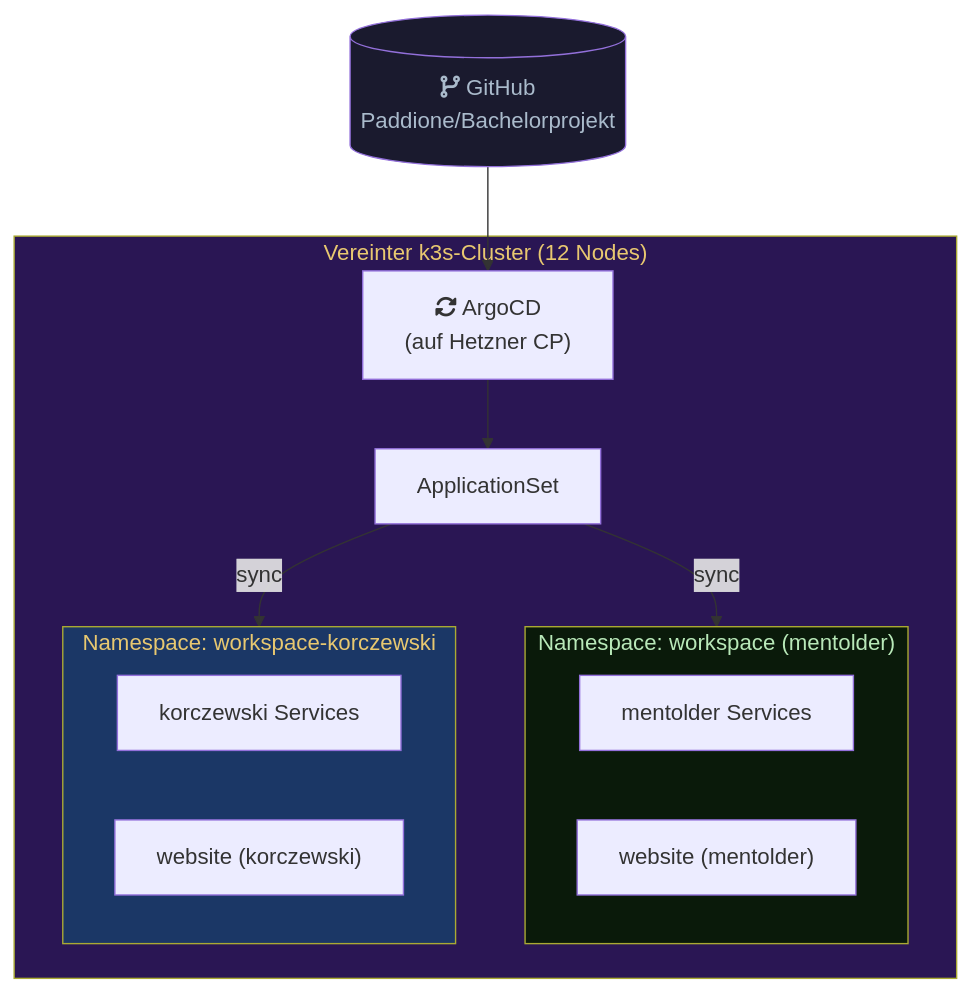
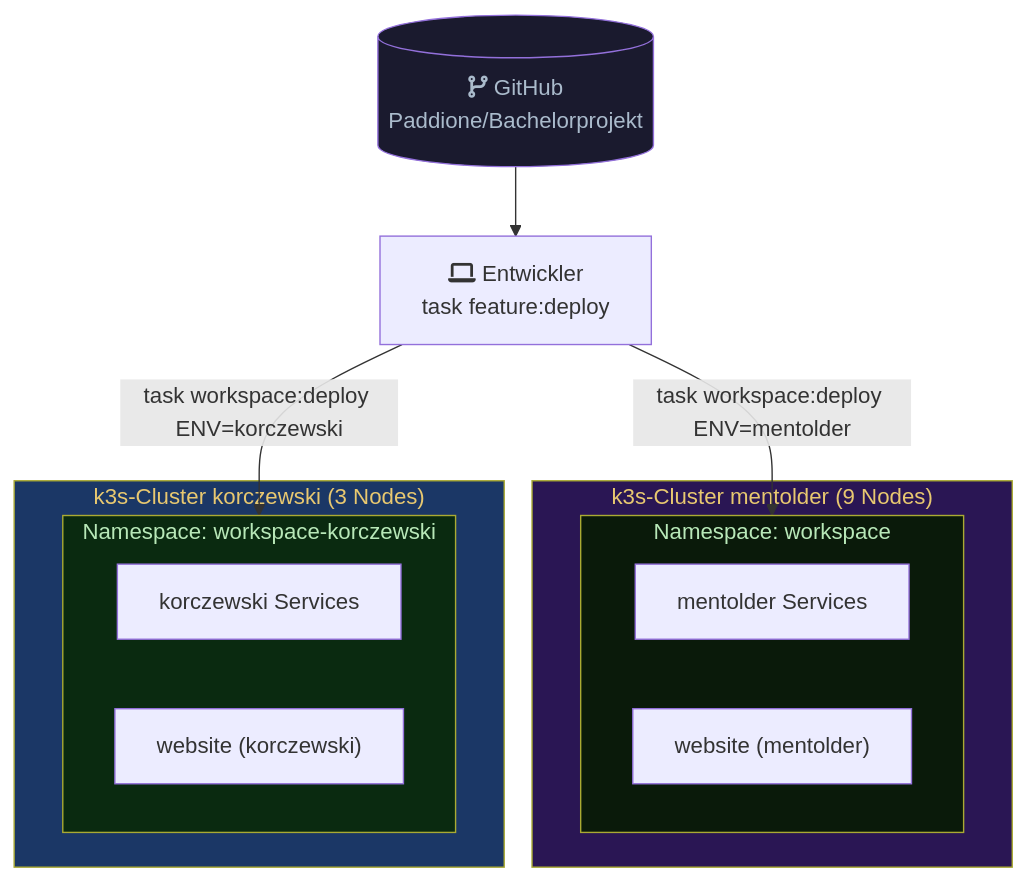
One commit to Paddione/Bachelorprojekt changed the third of 5 diagrams in k3d/docs-content/architecture.md. Above: the diagram before and after it, drawn with Mermaid. The commit also changed other lines of this file and 32 other files, not shown here.

First line of the commit message:
chore(infra): remove ArgoCD, add secrets:sync task (#782)

````diff
--- a/k3d/docs-content/architecture.md
+++ b/k3d/docs-content/architecture.md
@@ -224,28 +223,30 @@
 ```mermaid
 flowchart TB
-    GIT[("fa:fa-code-branch GitHub\nPaddione/Bachelorprojekt")] --> ARGO
+    GIT[("fa:fa-code-branch GitHub\nPaddione/Bachelorprojekt")]
+    DEV["fa:fa-laptop Entwickler\ntask feature:deploy"]
 
-    subgraph hub ["Vereinter k3s-Cluster (12 Nodes)"]
-        ARGO["fa:fa-rotate ArgoCD\n(auf Hetzner CP)"]
-        APPSET["ApplicationSet"]
-        ARGO --> APPSET
+    GIT --> DEV
 
-        subgraph mentolder_ns ["Namespace: workspace (mentolder)"]
+    subgraph mentolder_cluster ["k3s-Cluster mentolder (9 Nodes)"]
+        subgraph mentolder_ns ["Namespace: workspace"]
             M_WS["mentolder Services"]
             M_WEB["website (mentolder)"]
         end
+    end
 
+    subgraph korczewski_cluster ["k3s-Cluster korczewski (3 Nodes)"]
         subgraph korczewski_ns ["Namespace: workspace-korczewski"]
             K_WS["korczewski Services"]
             K_WEB["website (korczewski)"]
         end
     end
 
-    APPSET -->|"sync"| mentolder_ns
-    APPSET -->|"sync"| korczewski_ns
+    DEV -->|"task workspace:deploy ENV=mentolder"| mentolder_ns
+    DEV -->|"task workspace:deploy ENV=korczewski"| korczewski_ns
 
-    style hub fill:#2a1654,color:#e8c870
+    style mentolder_cluster fill:#2a1654,color:#e8c870
+    style korczewski_cluster fill:#1b3766,color:#e8c870
     style mentolder_ns fill:#0a1a0a,color:#b8e8b8
-    style korczewski_ns fill:#1b3766,color:#e8c870
+    style korczewski_ns fill:#0a2a10,color:#b8e8b8
     style GIT fill:#1a1a2e,color:#aabbcc
 ```
````
